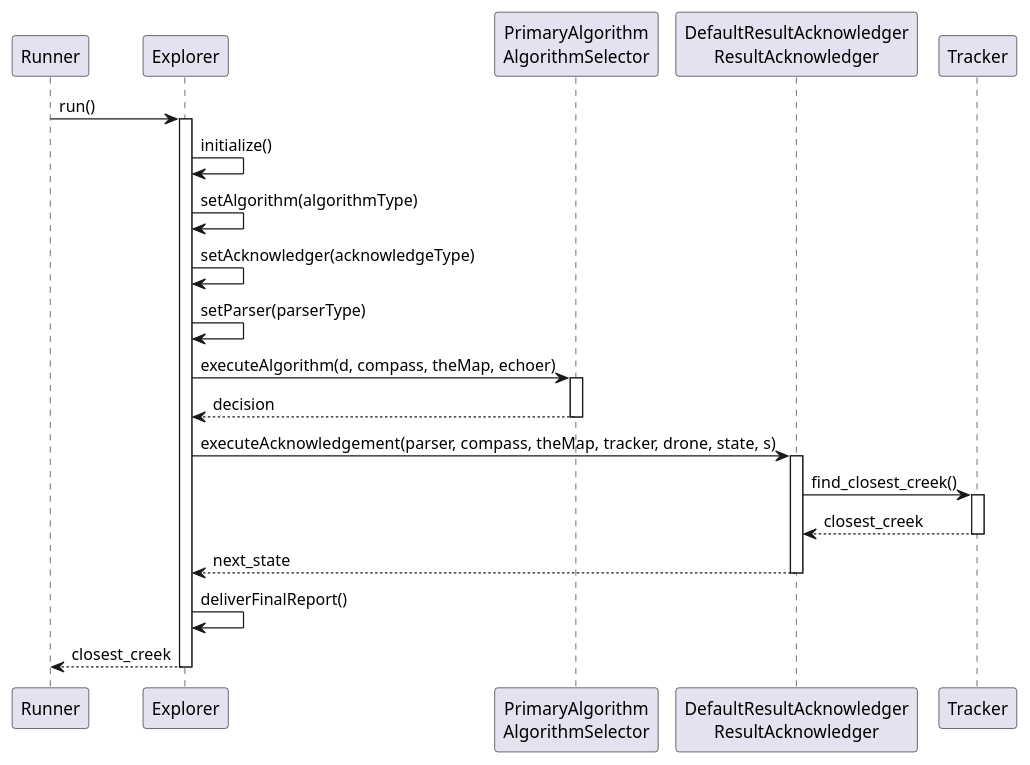
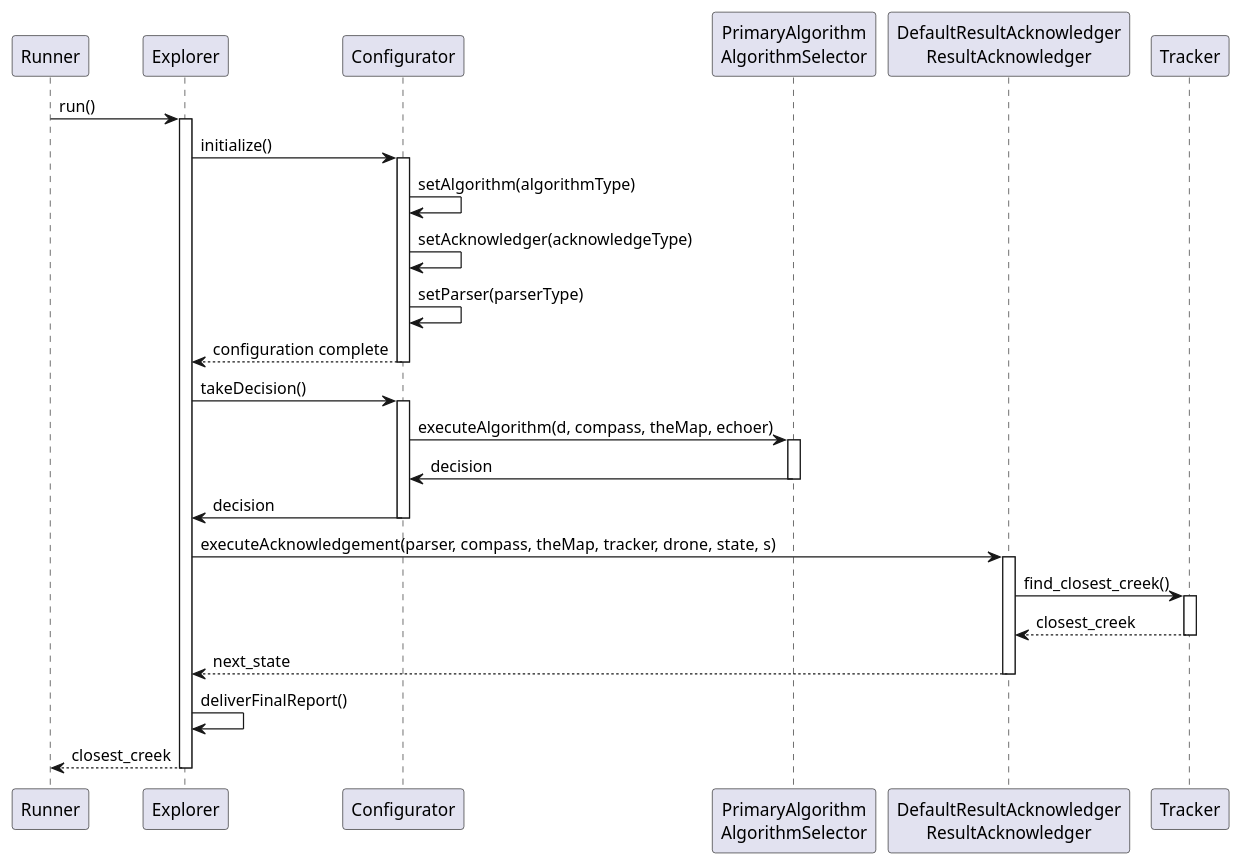
Before and after one commit to nehadst/Drone-Rescue: the diagram in SequenceDiagram.plantuml, drawn with PlantUML.

Commit message:
Added a new participant called Configurator. This is because takedecision() must run first, go to a configuration state, and then the algorithm executes, #56

```diff
--- a/SequenceDiagram.plantuml
+++ b/SequenceDiagram.plantuml
@@ -1,34 +1,43 @@
 @startuml Sequence_Diagram
 
 participant Runner
 participant Explorer
+participant Configurator
 participant "PrimaryAlgorithm\nAlgorithmSelector" as PrimaryAlgorithm
 participant "DefaultResultAcknowledger\nResultAcknowledger" as DefaultResultAcknowledger
 participant Tracker
 
 Runner -> Explorer : run()
 activate Explorer
 
-Explorer -> Explorer : initialize()
-Explorer -> Explorer : setAlgorithm(algorithmType)
-Explorer -> Explorer : setAcknowledger(acknowledgeType)
-Explorer -> Explorer : setParser(parserType)
-Explorer -> PrimaryAlgorithm : executeAlgorithm(d, compass, theMap, echoer)
+Explorer -> Configurator : initialize()
+activate Configurator
+Configurator -> Configurator : setAlgorithm(algorithmType)
+Configurator -> Configurator : setAcknowledger(acknowledgeType)
+Configurator -> Configurator : setParser(parserType)
+Configurator --> Explorer : configuration complete
+deactivate Configurator
+
+Explorer -> Configurator : takeDecision()
+activate Configurator
+Configurator -> PrimaryAlgorithm : executeAlgorithm(d, compass, theMap, echoer)
 activate PrimaryAlgorithm
-PrimaryAlgorithm --> Explorer : decision
+PrimaryAlgorithm -> Configurator : decision
 deactivate PrimaryAlgorithm
+Configurator -> Explorer : decision
+deactivate Configurator
 
 Explorer -> DefaultResultAcknowledger : executeAcknowledgement(parser, compass, theMap, tracker, drone, state, s)
 activate DefaultResultAcknowledger
 DefaultResultAcknowledger -> Tracker : find_closest_creek()
 activate Tracker
 Tracker --> DefaultResultAcknowledger : closest_creek
 deactivate Tracker
 DefaultResultAcknowledger --> Explorer : next_state
 deactivate DefaultResultAcknowledger
 
 Explorer -> Explorer : deliverFinalReport()
 Explorer --> Runner : closest_creek
 deactivate Explorer
 
 @enduml
```
